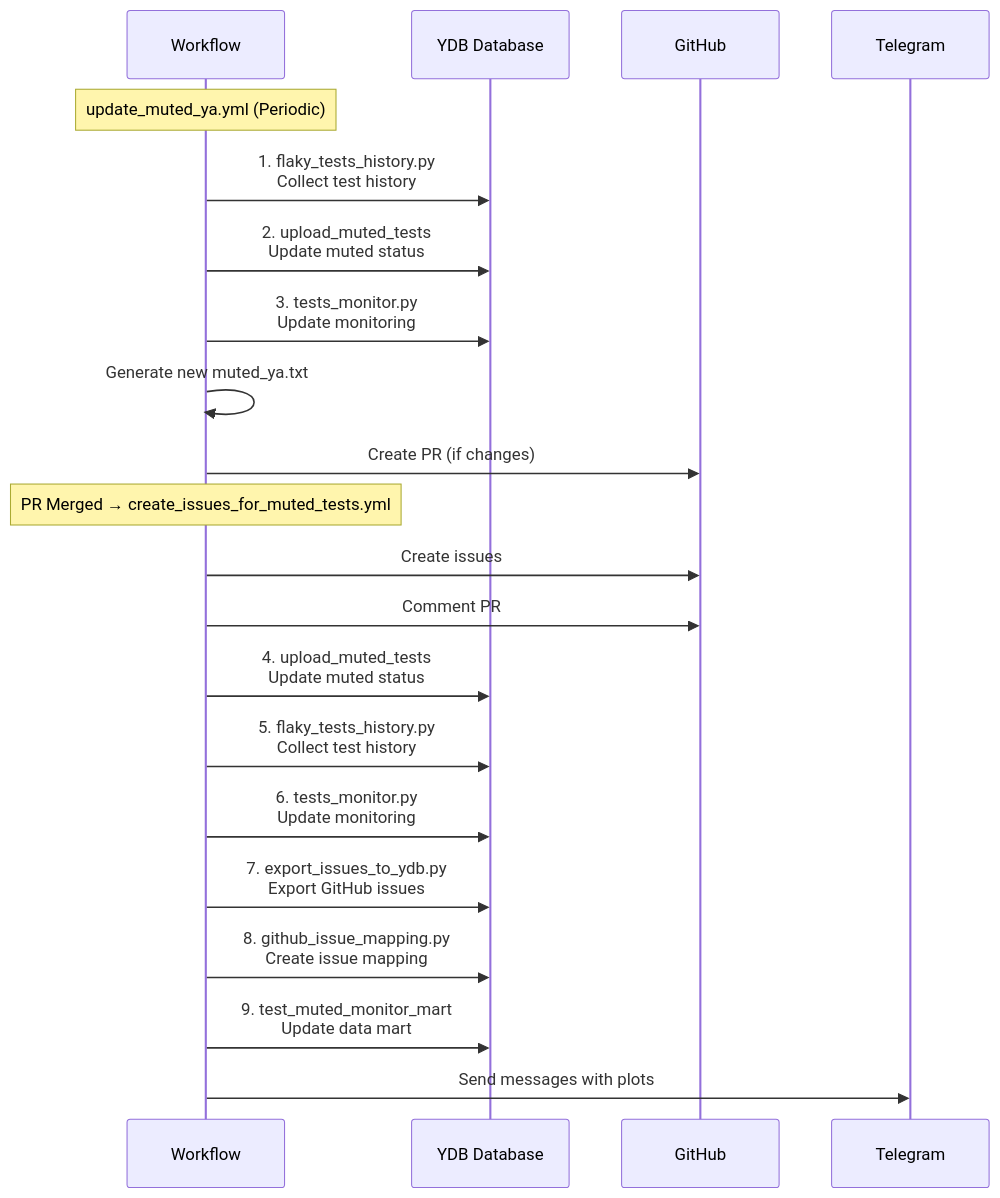
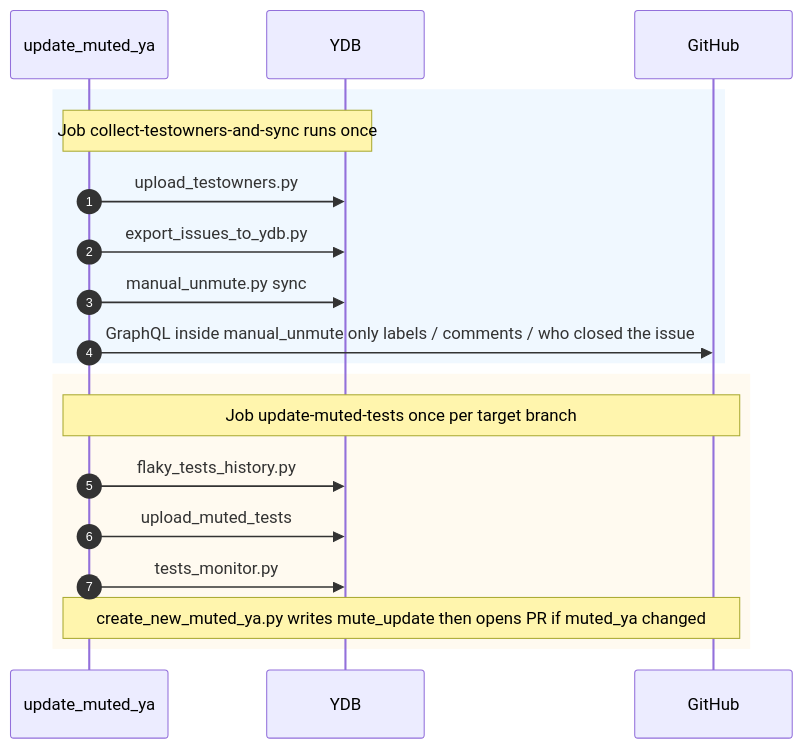
Before and after one commit to ydb-platform/ydb: the second of 4 diagrams in .github/config/mute_rules.md, drawn with Mermaid. The commit also changed other lines of this file and 4 other files, not shown here.

First line of the commit message:
Enhance mute configuration and documentation for fast-unmute functionality

````diff
--- a/.github/config/mute_rules.md
+++ b/.github/config/mute_rules.md
@@ -253,27 +225,23 @@
 ```mermaid
 sequenceDiagram
-    participant W as Workflow
-    participant YDB as YDB Database
+    autonumber
+    participant WF as update_muted_ya
+    participant YDB as YDB
     participant GH as GitHub
-    participant TG as Telegram
-    
-    Note over W: update_muted_ya.yml (Periodic)
-    W->>YDB: 1. flaky_tests_history.py<br/>Collect test history
-    W->>YDB: 2. upload_muted_tests<br/>Update muted status
-    W->>YDB: 3. tests_monitor.py<br/>Update monitoring
-    W->>W: Generate new muted_ya.txt
-    W->>GH: Create PR (if changes)
-    
-    Note over W: PR Merged → create_issues_for_muted_tests.yml
-    W->>GH: Create issues
-    W->>GH: Comment PR
-    
-    W->>YDB: 4. upload_muted_tests<br/>Update muted status
-    W->>YDB: 5. flaky_tests_history.py<br/>Collect test history
-    W->>YDB: 6. tests_monitor.py<br/>Update monitoring
-    W->>YDB: 7. export_issues_to_ydb.py<br/>Export GitHub issues
-    W->>YDB: 8. github_issue_mapping.py<br/>Create issue mapping
-    W->>YDB: 9. test_muted_monitor_mart<br/>Update data mart
-    
-    W->>TG: Send messages with plots
+
+    rect rgb(240, 248, 255)
+        Note over WF,YDB: Job collect-testowners-and-sync runs once
+        WF->>YDB: upload_testowners.py
+        WF->>YDB: export_issues_to_ydb.py
+        WF->>YDB: manual_unmute.py sync
+        WF->>GH: GraphQL inside manual_unmute only labels / comments / who closed the issue
+    end
+
+    rect rgb(255, 250, 240)
+        Note over WF,GH: Job update-muted-tests once per target branch
+        WF->>YDB: flaky_tests_history.py
+        WF->>YDB: upload_muted_tests
+        WF->>YDB: tests_monitor.py
+        Note over WF,GH: create_new_muted_ya.py writes mute_update then opens PR if muted_ya changed
+    end
 ```
````
